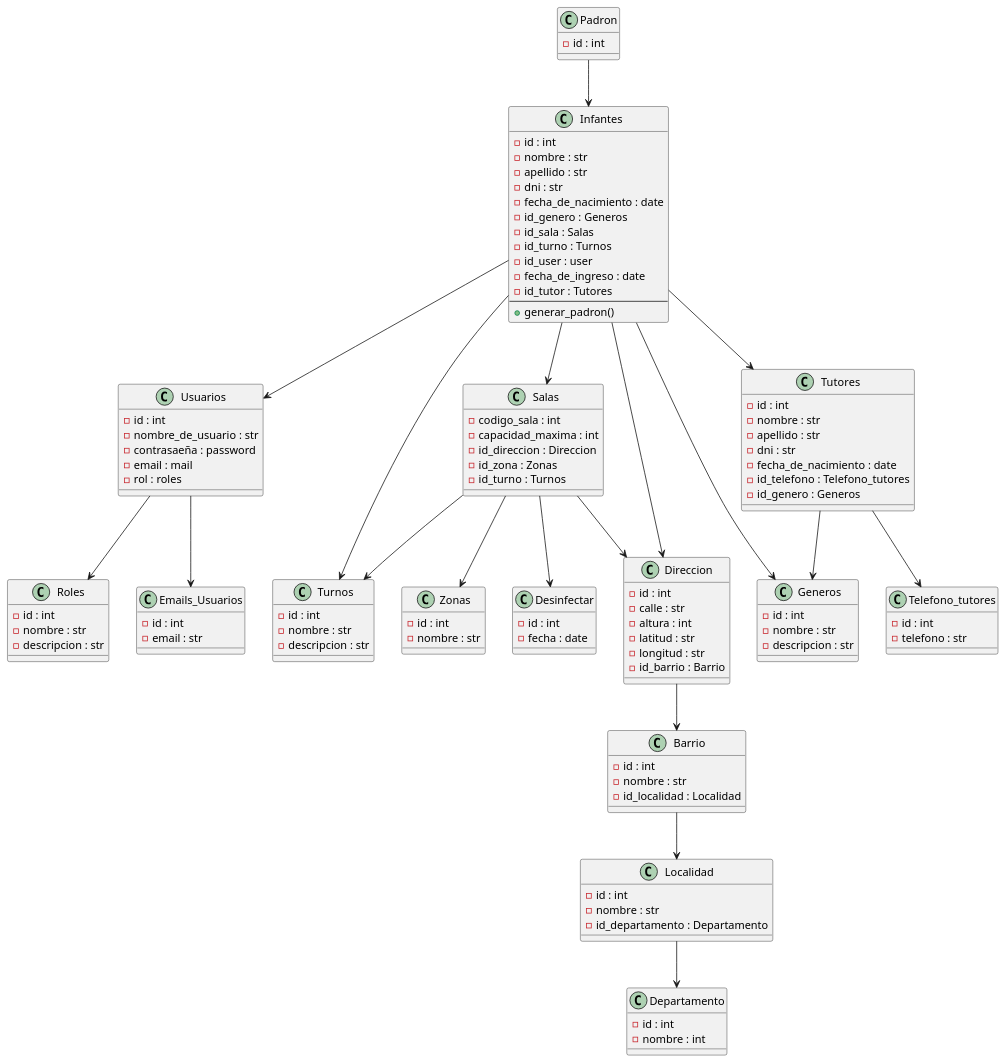
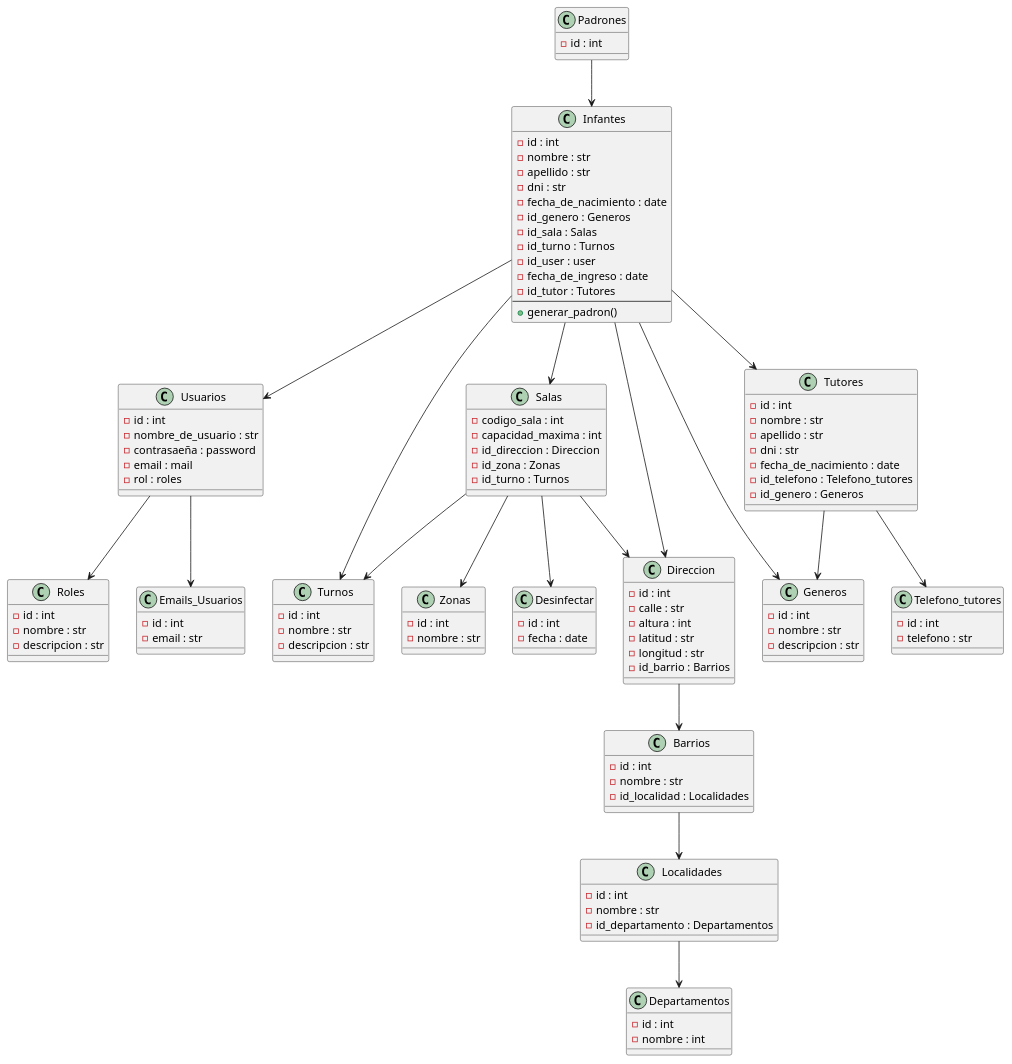
The diagram in Diagram.wsd (santiago6124/SalasCunaOLD), drawn with PlantUML before and after one commit.

```diff
--- a/Diagram.wsd
+++ b/Diagram.wsd
@@ -1,132 +1,132 @@
 @startuml test
 
 class Infantes {
     -id : int
     -nombre : str
     -apellido : str
     -dni : str
     -fecha_de_nacimiento : date
     -id_genero : Generos
     -id_sala : Salas
     -id_turno : Turnos
     -id_user : user
     -fecha_de_ingreso : date
     -id_tutor : Tutores
     --
     +generar_padron()
 }
 
 class Usuarios {
     -id : int
     -nombre_de_usuario : str
     -contrasaeña : password
     -email : mail
     -rol : roles
 }
 
 class Salas {
     -codigo_sala : int
     -capacidad_maxima : int
     -id_direccion : Direccion
     -id_zona : Zonas
     -id_turno : Turnos
 } 
 
 class Zonas {
     -id : int
     -nombre : str
 }
 
 class Tutores {
     -id : int
     -nombre : str
     -apellido : str
     -dni : str
     -fecha_de_nacimiento : date
     -id_telefono : Telefono_tutores
     -id_genero : Generos
 }
 
 class Turnos {
     -id : int
     -nombre : str
     -descripcion : str
 }
 
 class Generos {
     -id : int
     -nombre : str
     -descripcion : str
 }
 
 class Roles {
     -id : int
     -nombre : str
     -descripcion : str
 }
 
 class Telefono_tutores {
     -id : int
     -telefono : str
 }
 
 class Emails_Usuarios {
     -id : int
     -email : str
 }
 
 class Desinfectar {
     -id : int
     -fecha : date
 }
 
 class Direccion {
     -id : int
     -calle : str
     -altura : int
     -latitud : str
     -longitud : str
-    -id_barrio : Barrio
+    -id_barrio : Barrios
 }
 
-class Barrio {
+class Barrios {
     -id : int
     -nombre : str
-    -id_localidad : Localidad
+    -id_localidad : Localidades
 }
 
-class Localidad {
+class Localidades {
     -id : int
     -nombre : str
-    -id_departamento : Departamento
+    -id_departamento : Departamentos
 }
 
-class Departamento {
+class Departamentos {
     -id : int
     -nombre : int
 }
 
-class Padron {
+class Padrones {
     -id : int
 
 }
 
-Padron --> Infantes
+Padrones --> Infantes
 Infantes --> Salas
 Infantes --> Generos
 Infantes --> Tutores
 Infantes --> Turnos
 Infantes --> Usuarios
 Infantes --> Direccion
 Tutores --> Telefono_tutores
 Usuarios --> Roles
 Usuarios --> Emails_Usuarios
 Salas --> Zonas
 Salas --> Desinfectar
 Salas --> Turnos
 Salas --> Direccion
 Tutores --> Generos
-Direccion --> Barrio
-Barrio --> Localidad
-Localidad --> Departamento
+Direccion --> Barrios
+Barrios --> Localidades
+Localidades --> Departamentos
 @enduml
```
